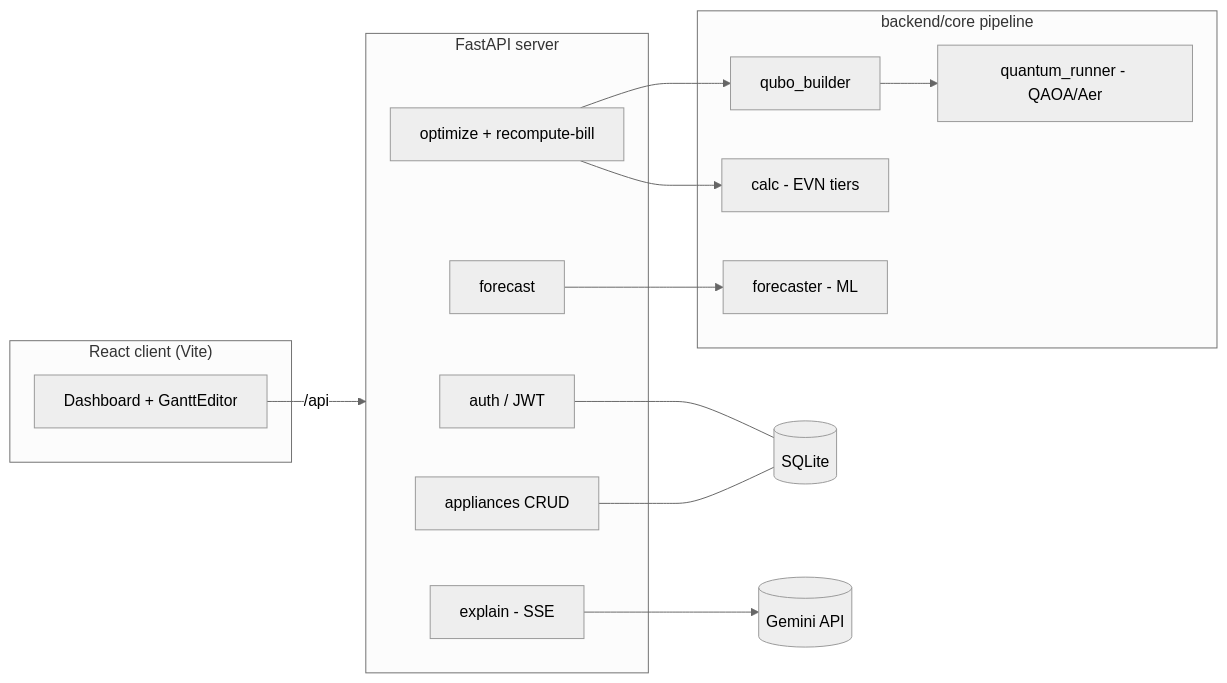
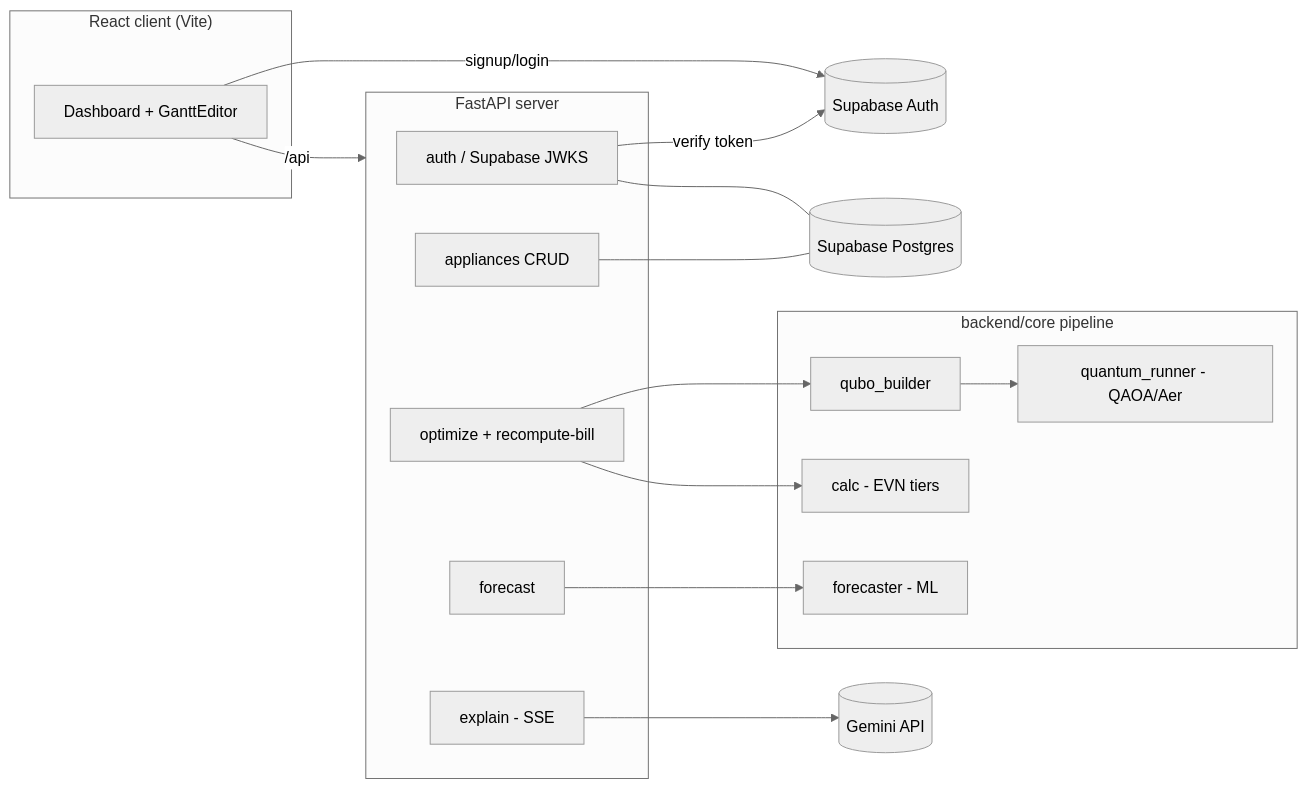
Before and after one commit to nguyentandung2886/-Q-SmartEnergy-Smart-Home-Appliance-Scheduling-Optimization-using-Quantum-QAOA: the diagram in README.md, drawn with Mermaid (neutral theme). The commit also changed other lines of this file and 23 other files, not shown here.

Commit message:
Supabase Auth and Deploy

````diff
--- a/README.md
+++ b/README.md
@@ -12,29 +12,32 @@
 ```mermaid
 flowchart LR
     subgraph Client["React client (Vite)"]
         UI[Dashboard + GanttEditor]
     end
     subgraph Server["FastAPI server"]
-        AUTH[auth / JWT]
+        AUTH[auth / Supabase JWKS]
         APP[appliances CRUD]
         OPT[optimize + recompute-bill]
         FC[forecast]
         EXP[explain - SSE]
     end
     subgraph Pipeline["backend/core pipeline"]
         QUBO[qubo_builder]
         QRUN[quantum_runner - QAOA/Aer]
         CALC[calc - EVN tiers]
         FCAST[forecaster - ML]
     end
-    DB[(SQLite)]
+    DB[(Supabase Postgres)]
+    SB[(Supabase Auth)]
     GEM[(Gemini API)]
 
+    UI -->|signup/login| SB
     UI -->|/api| Server
+    AUTH -->|verify token| SB
     AUTH --- DB
     APP --- DB
     OPT --> QUBO --> QRUN
     OPT --> CALC
     FC --> FCAST
     EXP --> GEM
 ```
````
